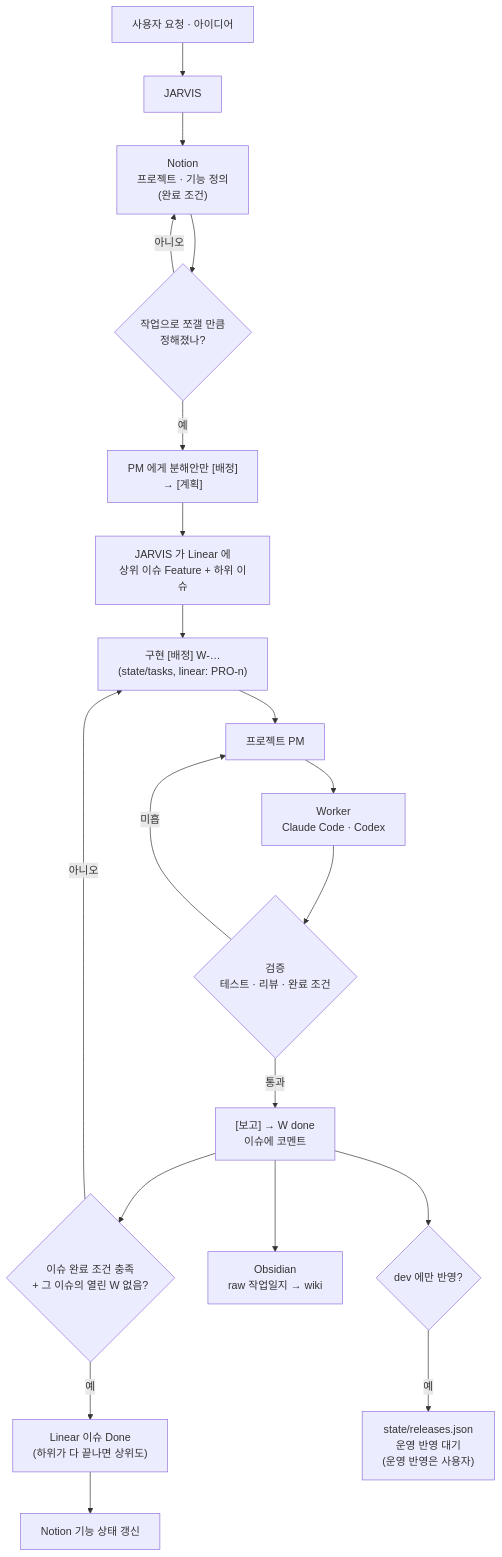
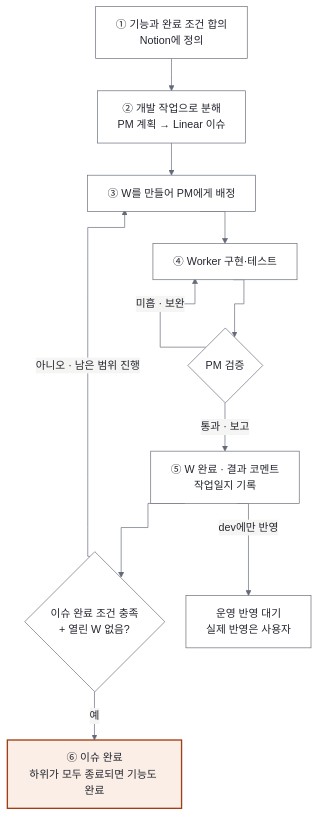
Before and after one commit to smdeveloper7/jarvis: the first of 3 diagrams in docs/03_Work_Lifecycle_Management.md, drawn with Mermaid. The commit also changed other lines of this file and 6 other files, not shown here.

Commit message:
docs: 관리정책 다이어그램 개선 및 문서 정리

````diff
--- a/docs/03_Work_Lifecycle_Management.md
+++ b/docs/03_Work_Lifecycle_Management.md
@@ -28,22 +28,16 @@
 ```mermaid
+%%{init: {"theme":"base","themeVariables":{"fontFamily":"Malgun Gothic, Noto Sans KR, sans-serif","fontSize":"16px","primaryColor":"#ffffff","primaryTextColor":"#23262f","primaryBorderColor":"#646a78","lineColor":"#646a78","secondaryColor":"#ededeb","tertiaryColor":"#f5f5f3","clusterBkg":"#f5f5f3","clusterBorder":"#cfd2d8","edgeLabelBackground":"#f5f5f3","actorBkg":"#ffffff","actorBorder":"#646a78","actorTextColor":"#23262f","noteBkgColor":"#f5f5f3","noteTextColor":"#23262f","noteBorderColor":"#cfd2d8"},"flowchart":{"htmlLabels":true,"curve":"stepAfter","nodeSpacing":32,"rankSpacing":48},"sequence":{"mirrorActors":false}}}%%
 flowchart TD
-    U["사용자 요청 · 아이디어"] --> J["JARVIS"]
-    J --> N["Notion<br/>프로젝트 · 기능 정의<br/>(완료 조건)"]
-    N --> G{"작업으로 쪼갤 만큼<br/>정해졌나?"}
-    G -- 아니오 --> N
-    G -- 예 --> PL["PM 에게 분해안만 [배정]<br/>→ [계획]"]
-    PL --> L["JARVIS 가 Linear 에<br/>상위 이슈 Feature + 하위 이슈"]
-    L --> A["구현 [배정] W-…<br/>(state/tasks, linear: PRO-n)"]
-    A --> PM["프로젝트 PM"]
-    PM --> W["Worker<br/>Claude Code · Codex"]
-    W --> V{"검증<br/>테스트 · 리뷰 · 완료 조건"}
-    V -- 미흡 --> PM
-    V -- 통과 --> R["[보고] → W done<br/>이슈에 코멘트"]
-    R --> IC{"이슈 완료 조건 충족<br/>+ 그 이슈의 열린 W 없음?"}
-    IC -- 아니오 --> A
-    IC -- 예 --> LD["Linear 이슈 Done<br/>(하위가 다 끝나면 상위도)"]
-    R --> O["Obsidian<br/>raw 작업일지 → wiki"]
-    LD --> NF["Notion 기능 상태 갱신"]
-    R --> DEV{"dev 에만 반영?"}
-    DEV -- 예 --> REL["state/releases.json<br/>운영 반영 대기<br/>(운영 반영은 사용자)"]
+    DEFINE["① 기능과 완료 조건 합의<br/>Notion에 정의"] --> PLAN["② 개발 작업으로 분해<br/>PM 계획 → Linear 이슈"]
+    PLAN --> ASSIGN["③ W를 만들어 PM에게 배정"]
+    ASSIGN --> BUILD["④ Worker 구현·테스트"]
+    BUILD --> VERIFY{"PM 검증"}
+    VERIFY -->|"미흡 · 보완"| BUILD
+    VERIFY -->|"통과 · 보고"| REPORT["⑤ W 완료 · 결과 코멘트<br/>작업일지 기록"]
+    REPORT --> CHECK{"이슈 완료 조건 충족<br/>+ 열린 W 없음?"}
+    CHECK -->|"아니오 · 남은 범위 진행"| ASSIGN
+    CHECK -->|"예"| CLOSE["⑥ 이슈 완료<br/>하위가 모두 종료되면 기능도 완료"]
+    REPORT -->|"dev에만 반영"| RELEASE["운영 반영 대기<br/>실제 반영은 사용자"]
+    class CLOSE focal
+    classDef focal fill:#fbeee6,stroke:#9f3f16,stroke-width:2px,color:#23262f
 ```
````
